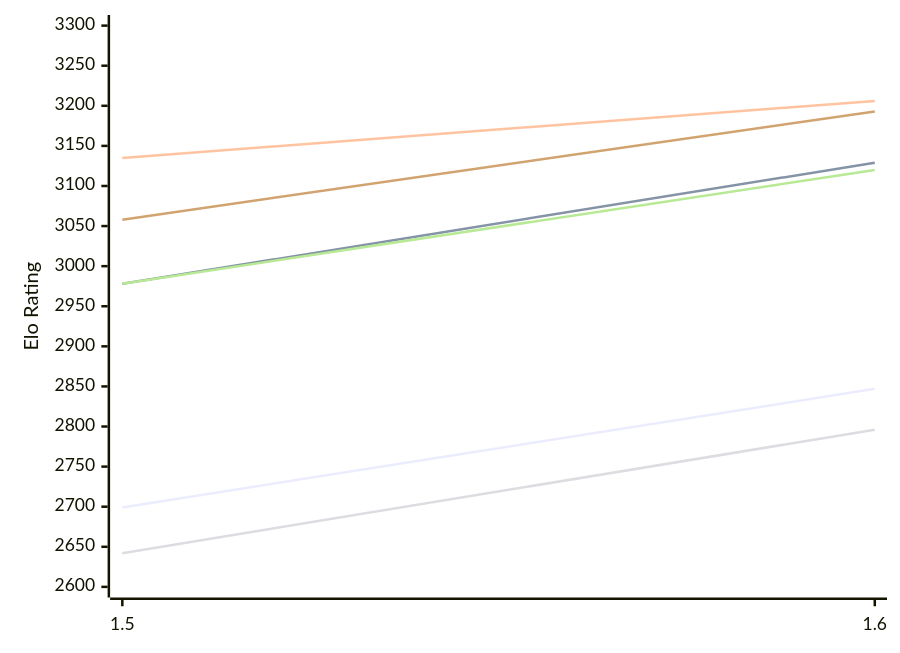
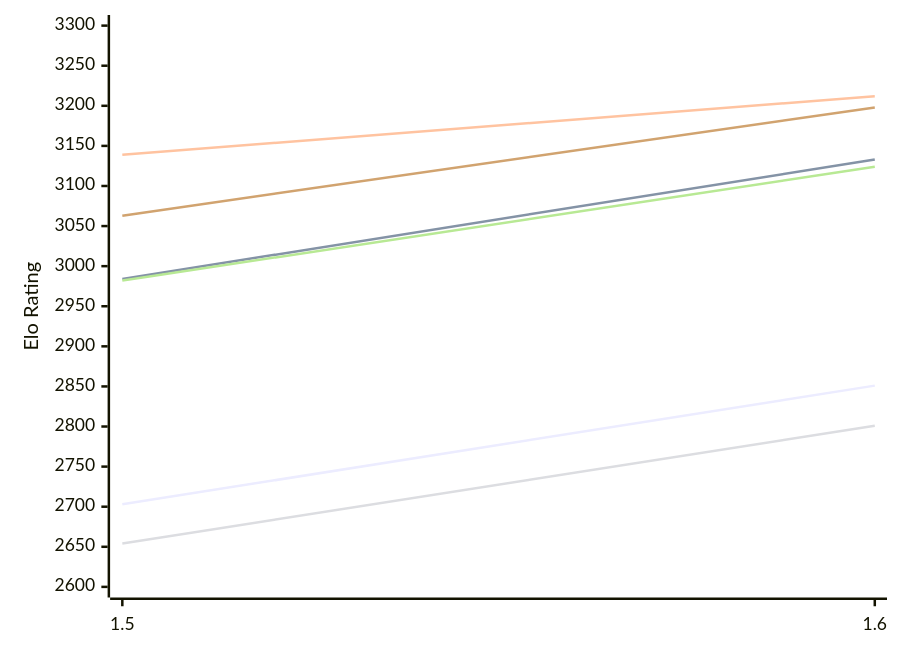
The first of 2 diagrams in engines/Yakka.md (computer-chess-index/cci), drawn with Mermaid before and after one commit. The commit also changed other lines of this file, not shown here.

Commit message:
Update CCI Ratings (ELO VLTC) - 2026-11-20

````diff
--- a/engines/Yakka.md
+++ b/engines/Yakka.md
@@ -51,12 +51,12 @@
 ```mermaid
 %%{init: {"theme":"base","themeVariables":{"seriesColors:['#a3a3a3','#222221','#faa371']}}}%%
 xychart-beta
   x-axis ["1.5", "1.6"]
   y-axis "Elo Rating" 2600 --> 3300
-  line "E1: STC (8.0+0.08s)" [2699, 2847]
-  line "E1: LTC (60.0+0.60s)" [2978, 3129]
-  line "E1: VLTC (2m24s+1.12s)" [3135, 3206]
-  line "P1: STC (8.0+0.08s)" [2642, 2796]
-  line "P1: LTC (60.0+0.60s)" [2978, 3120]
-  line "P1: VLTC (2m24s+1.12s)" [3058, 3193]
+  line "E1: STC (8.0+0.08s)" [2703, 2851]
+  line "E1: LTC (60.0+0.60s)" [2984, 3133]
+  line "E1: VLTC (2m24s+1.12s)" [3139, 3212]
+  line "P1: STC (8.0+0.08s)" [2654, 2801]
+  line "P1: LTC (60.0+0.60s)" [2982, 3124]
+  line "P1: VLTC (2m24s+1.12s)" [3063, 3198]
 ```
````
